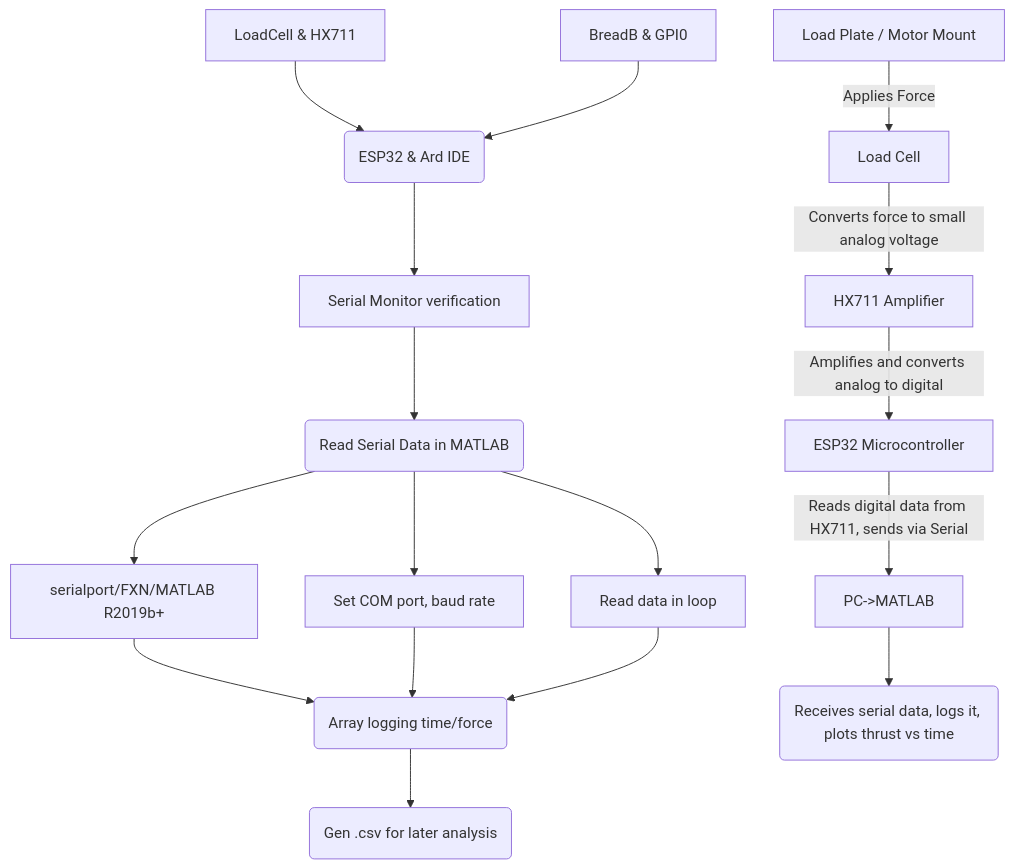
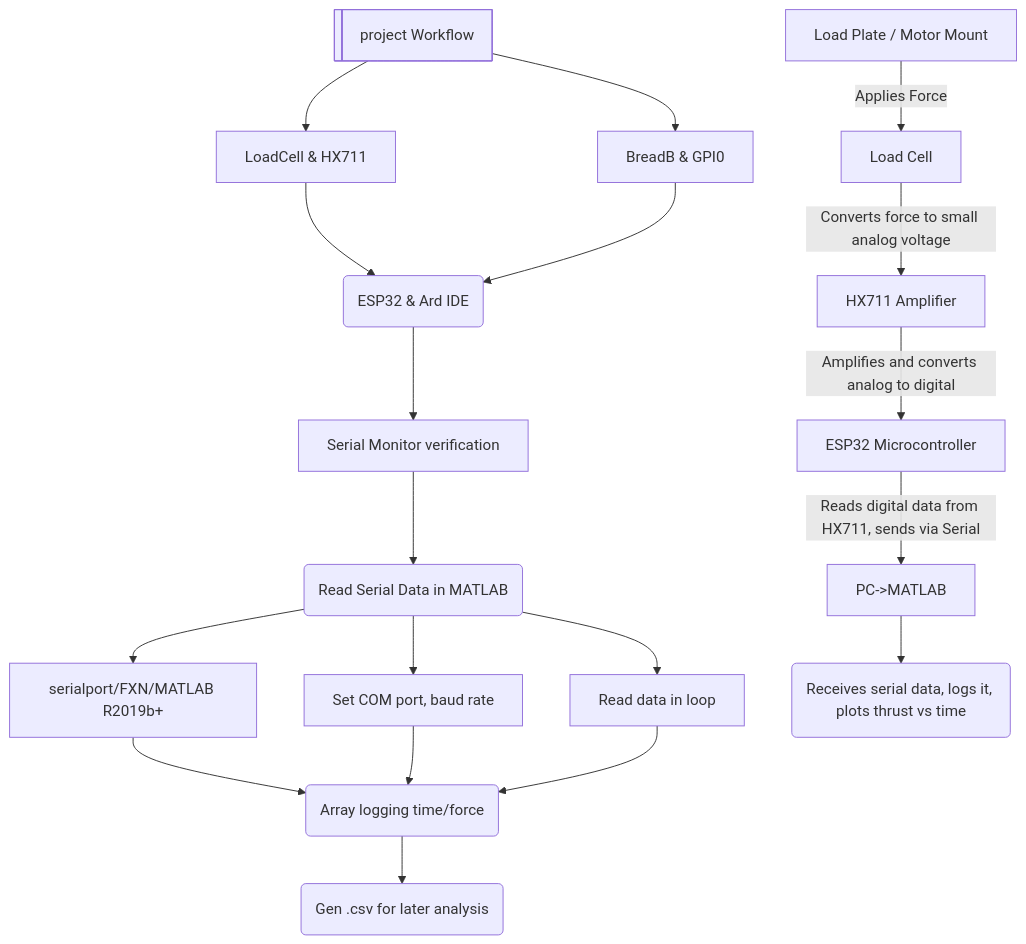
One commit to TF-141-0/IITKRaSET_axial_thrust-Load-cell_amp-plot changed the diagram in README.md. Above: the diagram before and after it, drawn with Mermaid.

````diff
--- a/README.md
+++ b/README.md
@@ -4,20 +4,23 @@
 ```mermaid
 flowchart TD
+    LIP[project Workflow] -->B
+    LIP[project Workflow] -->A
     B[LoadCell & HX711] --> C(ESP32 & Ard IDE)
     A[BreadB & GPI0] --> C
     C --> D[Serial Monitor verification]
     D --> E(Read Serial Data in MATLAB)
     E --> F[serialport/FXN/MATLAB R2019b+]
     E --> G[Set COM port, baud rate]
     E --> H[Read data in loop]
     F --> I(Array logging time/force)
     G --> I
     H --> I
     I --> J(Gen .csv for later analysis)
+LIP@{ shape: lin-proc}
 
     LP[ Load Plate / Motor Mount ] --> |Applies Force|AF[ Load Cell ]
      AF -->|Converts force to small analog voltage|HX[HX711 Amplifier]
      HX -->|Amplifies and converts analog to digital|ESP[ ESP32 Microcontroller ]
      ESP -->|Reads digital data from HX711, sends via Serial|MT[ PC->MATLAB ]
      MT -->SX(Receives serial data, logs it, plots thrust vs time)
   ```
````
